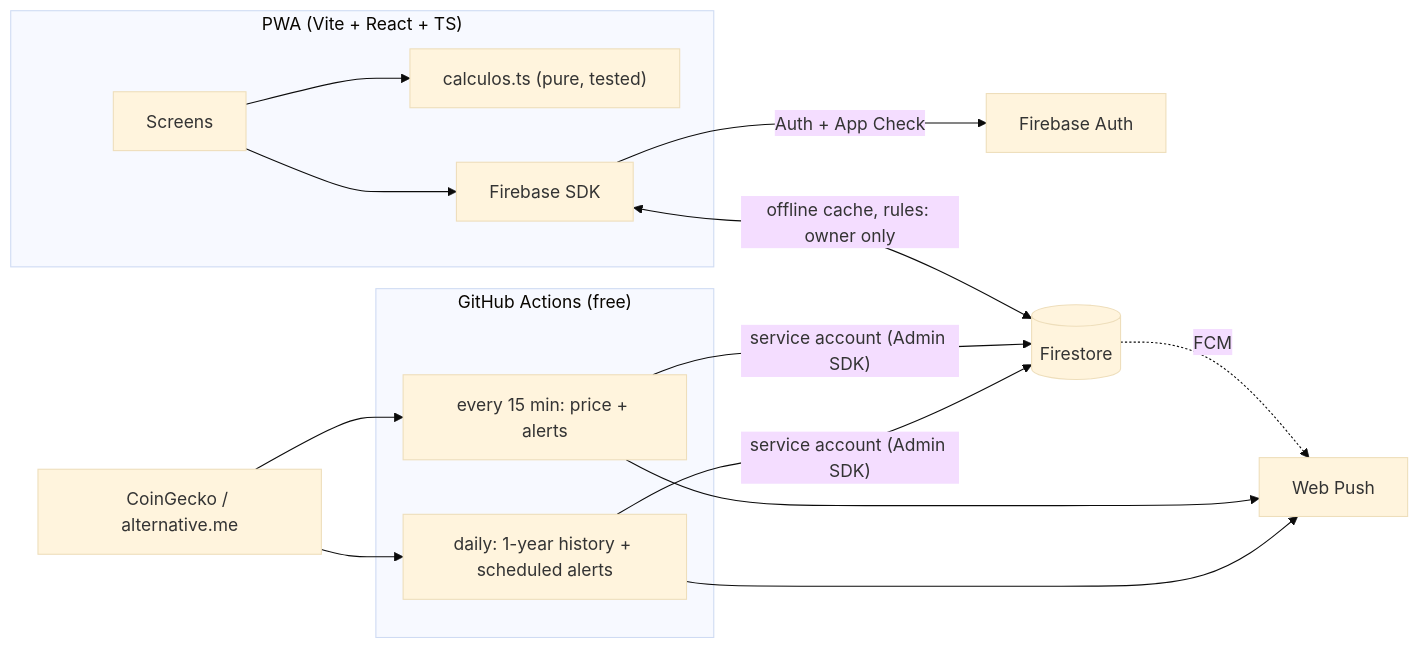
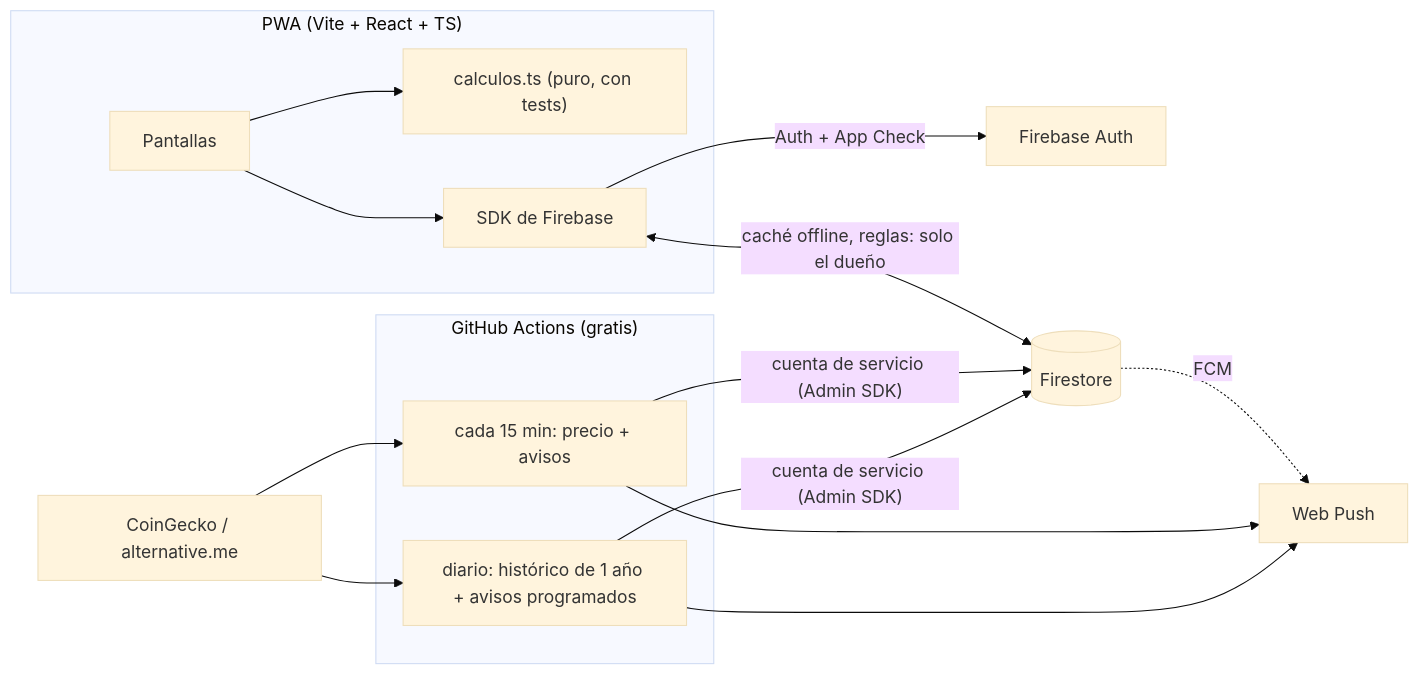
Before and after one commit to nelsongomezsa/bitcoin-tracker: the first of 2 diagrams in README.md, drawn with Mermaid (base theme). The commit also changed other lines of this file, not shown here.

Commit message:
README en español, con resumen en inglés

````diff
--- a/README.md
+++ b/README.md
@@ -37,17 +40,17 @@
 ```mermaid
 flowchart LR
   subgraph Client["PWA (Vite + React + TS)"]
-    UI[Screens] --> CALC["calculos.ts (pure, tested)"]
-    UI --> SDK[Firebase SDK]
+    UI[Pantallas] --> CALC["calculos.ts (puro, con tests)"]
+    UI --> SDK[SDK de Firebase]
   end
   SDK -->|Auth + App Check| AUTH[Firebase Auth]
-  SDK <-->|"offline cache, rules: owner only"| FS[(Firestore)]
+  SDK <-->|"caché offline, reglas: solo el dueño"| FS[(Firestore)]
   FS -.->|FCM| PUSH[Web Push]
-  subgraph GH["GitHub Actions (free)"]
-    J1["every 15 min: price + alerts"]
-    J2["daily: 1-year history + scheduled alerts"]
+  subgraph GH["GitHub Actions (gratis)"]
+    J1["cada 15 min: precio + avisos"]
+    J2["diario: histórico de 1 año + avisos programados"]
   end
   CG[CoinGecko / alternative.me] --> J1 & J2
-  J1 & J2 -->|"service account (Admin SDK)"| FS
+  J1 & J2 -->|"cuenta de servicio (Admin SDK)"| FS
   J1 & J2 --> PUSH
 ```
````
